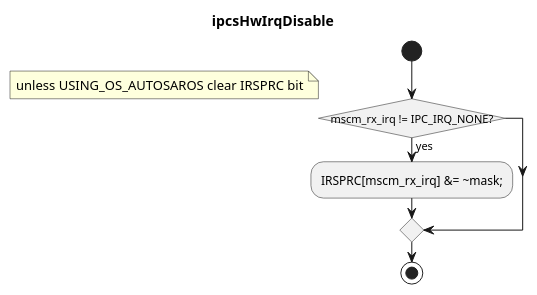
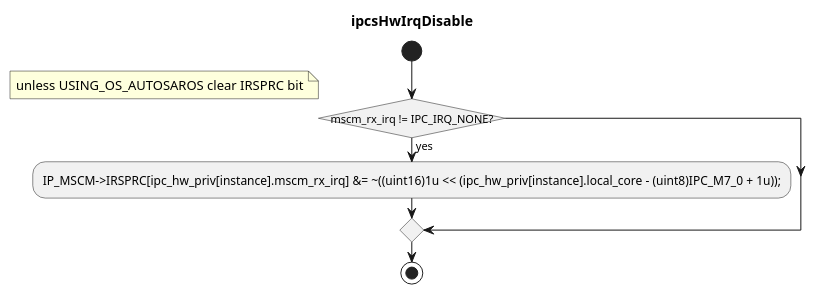
Before and after one commit to Mastang1/sad_sdd_proj: the diagram in c1_sdd_linux-ipcs/cursor_tmp/flow_umls/3_4_35.puml, drawn with PlantUML. The commit also changed 136 other files, not shown here.

```diff
--- a/c1_sdd_linux-ipcs/cursor_tmp/flow_umls/3_4_35.puml
+++ b/c1_sdd_linux-ipcs/cursor_tmp/flow_umls/3_4_35.puml
@@ -1,14 +1,14 @@
 @startuml
 !pragma layout smetana
 skinparam conditionStyle insideDiamond
 skinparam linetype ortho
 title ipcsHwIrqDisable
 start
 if (mscm_rx_irq != IPC_IRQ_NONE?) then (yes)
   note right
     unless USING_OS_AUTOSAROS clear IRSPRC bit
   end note
-  :IRSPRC[mscm_rx_irq] &= ~mask;;
+  :IP_MSCM->IRSPRC[ipc_hw_priv[instance].mscm_rx_irq] &= ~((uint16)1u << (ipc_hw_priv[instance].local_core - (uint8)IPC_M7_0 + 1u));;
 endif
 stop
 @enduml
```
